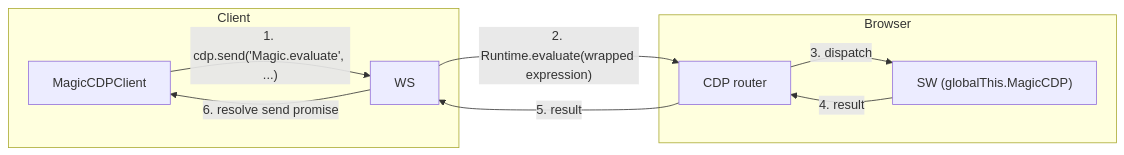
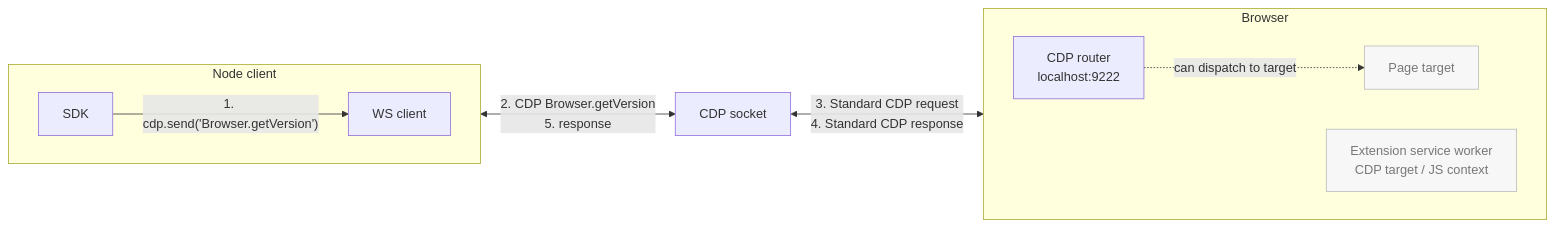
One commit to pirate/chrome-cdp-extension-bridge changed the first of 4 diagrams in README.md. Above: the diagram before and after it, drawn with Mermaid. The commit also changed other lines of this file, not shown here.

Commit message:
README: restore the 4 original wire diagrams under the <details> section

````diff
--- a/README.md
+++ b/README.md
@@ -157,17 +157,25 @@
 ```mermaid
 flowchart LR
-  subgraph Node["Client"]
-    SDK["MagicCDPClient"]
-    WS["WS"]
-    SDK -->|"1. cdp.send('Magic.evaluate', ...)"| WS
+  subgraph Node["Node client"]
+    direction LR
+    SDK["SDK"]
+    WS["WS client"]
+    SDK -->|"1. cdp.send('Browser.getVersion')"| WS
   end
-  subgraph Browser
-    CDP["CDP router"]
-    SW["SW (globalThis.MagicCDP)"]
-    CDP -->|"3. dispatch"| SW
+
+  subgraph Browser["Browser"]
+    direction LR
+    CDP["CDP router<br/>localhost:9222"]
+    SW["Extension service worker<br/>CDP target / JS context"]
+    Page["Page target"]
+    CDP -. "can dispatch to target" .-> Page
   end
-  WS -->|"2. Runtime.evaluate(wrapped expression)"| CDP
-  SW -->|"4. result"| CDP
-  CDP -->|"5. result"| WS
-  WS -->|"6. resolve send promise"| SDK
+
+  Socket["CDP socket"]
+
+  WS <-->|"2. CDP Browser.getVersion<br/>5. response"| Socket
+  Socket <-->|"3. Standard CDP request<br/>4. Standard CDP response"| CDP
+
+  classDef idle fill:#f7f7f7,stroke:#bbb,color:#777;
+  class SW,Page idle;
 ```
````
